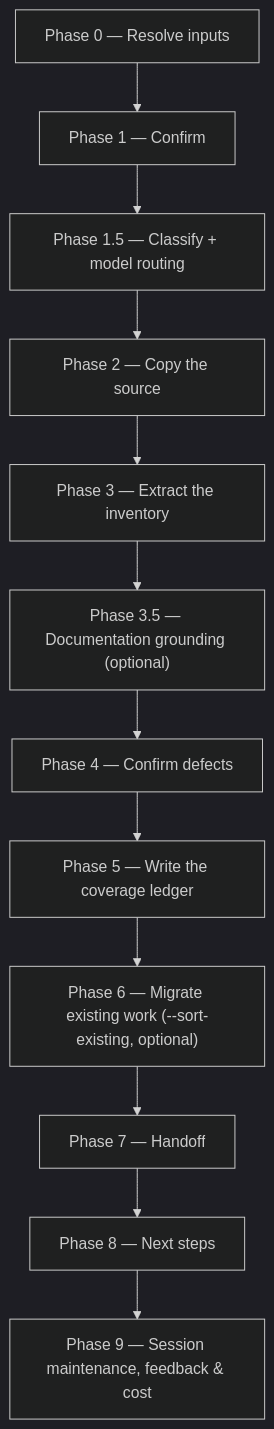
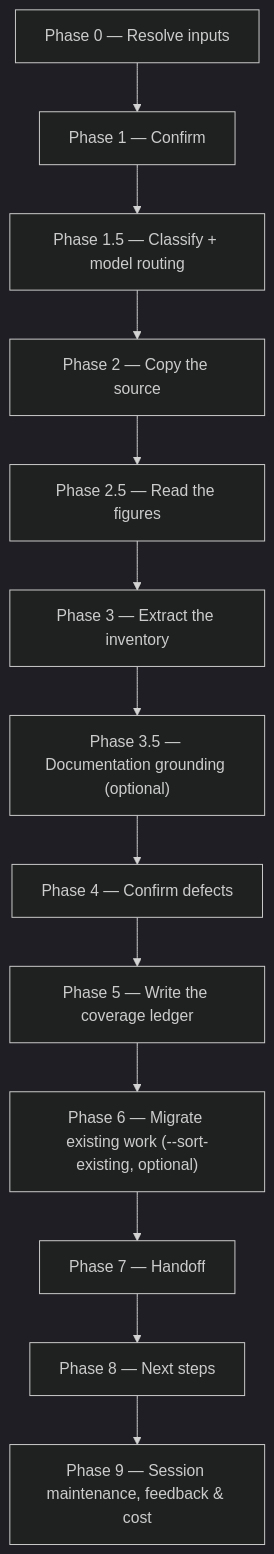
One commit to ihudak/ihudak-claude-plugins changed the diagram in plugins/product-workflows/docs/commands/brd-intake.md. Above: the diagram before and after it, drawn with Mermaid (dark theme). The commit also changed other lines of this file and 4 other files, not shown here.

````diff
--- a/plugins/product-workflows/docs/commands/brd-intake.md
+++ b/plugins/product-workflows/docs/commands/brd-intake.md
@@ -43,14 +44,15 @@
 ```mermaid
 flowchart TD
     p0["Phase 0 — Resolve inputs"] --> p1["Phase 1 — Confirm"]
     p1 --> p15["Phase 1.5 — Classify + model routing"]
     p15 --> p2["Phase 2 — Copy the source"]
-    p2 --> p3["Phase 3 — Extract the inventory"]
+    p2 --> p25["Phase 2.5 — Read the figures"]
+    p25 --> p3["Phase 3 — Extract the inventory"]
     p3 --> p35["Phase 3.5 — Documentation grounding (optional)"]
     p35 --> p4["Phase 4 — Confirm defects"]
     p4 --> p5["Phase 5 — Write the coverage ledger"]
     p5 --> p6["Phase 6 — Migrate existing work (--sort-existing, optional)"]
     p6 --> p7["Phase 7 — Handoff"]
     p7 --> p8["Phase 8 — Next steps"]
     p8 --> p9["Phase 9 — Session maintenance, feedback & cost"]
 ```
````
